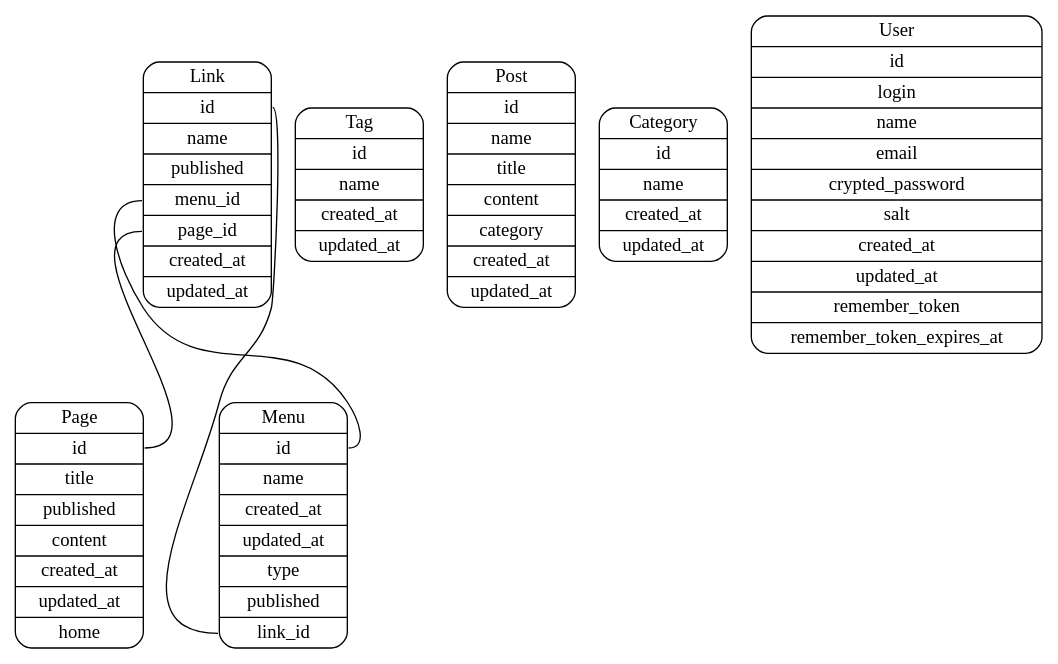
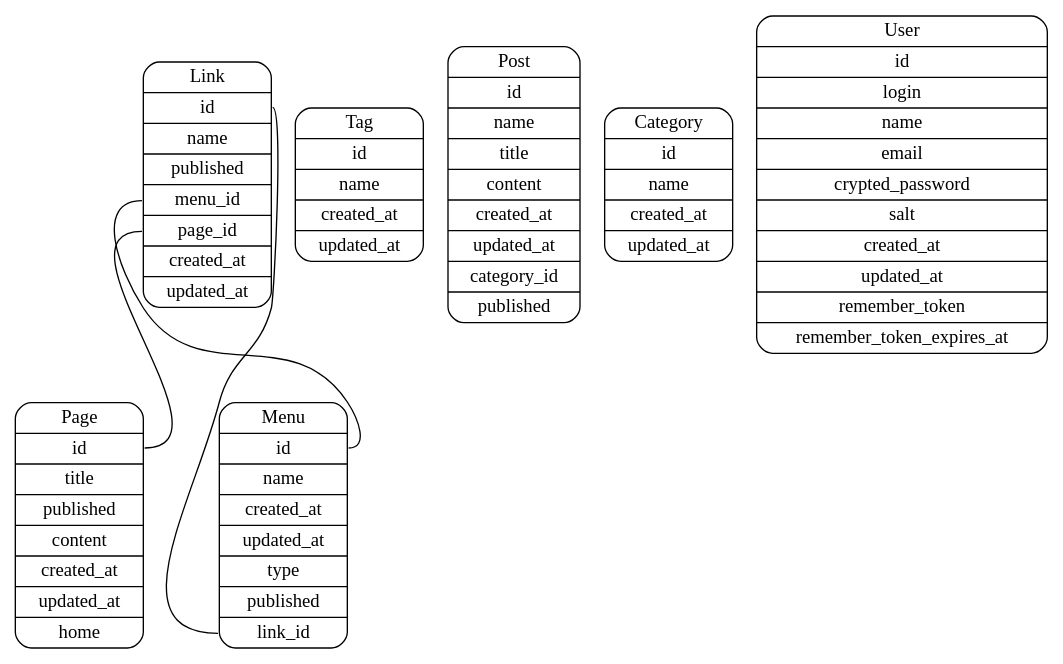
The diagram in torball/database.dot (AnneV/TorballProject), drawn with Graphviz before and after one commit. The commit also changed 7 other files, not shown here.

```diff
--- a/torball/database.dot
+++ b/torball/database.dot
@@ -1,12 +1,12 @@
 graph G {
 node [shape=Mrecord];Page [label="{Page|<id> id|<title> title|<published> published|<content> content|<created_at> created_at|<updated_at> updated_at|<home> home}"];
 Menu [label="{Menu|<id> id|<name> name|<created_at> created_at|<updated_at> updated_at|<type> type|<published> published|<link_id> link_id}"];
 Tag [label="{Tag|<id> id|<name> name|<created_at> created_at|<updated_at> updated_at}"];
-Post [label="{Post|<id> id|<name> name|<title> title|<content> content|<category> category|<created_at> created_at|<updated_at> updated_at}"];
+Post [label="{Post|<id> id|<name> name|<title> title|<content> content|<created_at> created_at|<updated_at> updated_at|<category_id> category_id|<published> published}"];
 Link [label="{Link|<id> id|<name> name|<published> published|<menu_id> menu_id|<page_id> page_id|<created_at> created_at|<updated_at> updated_at}"];
 Category [label="{Category|<id> id|<name> name|<created_at> created_at|<updated_at> updated_at}"];
 User [label="{User|<id> id|<login> login|<name> name|<email> email|<crypted_password> crypted_password|<salt> salt|<created_at> created_at|<updated_at> updated_at|<remember_token> remember_token|<remember_token_expires_at> remember_token_expires_at}"];
 Menu:link_id:w -- Link:id:e;
 Link:page_id:w -- Page:id:e;
 Link:menu_id:w -- Menu:id:e;
 }
```
